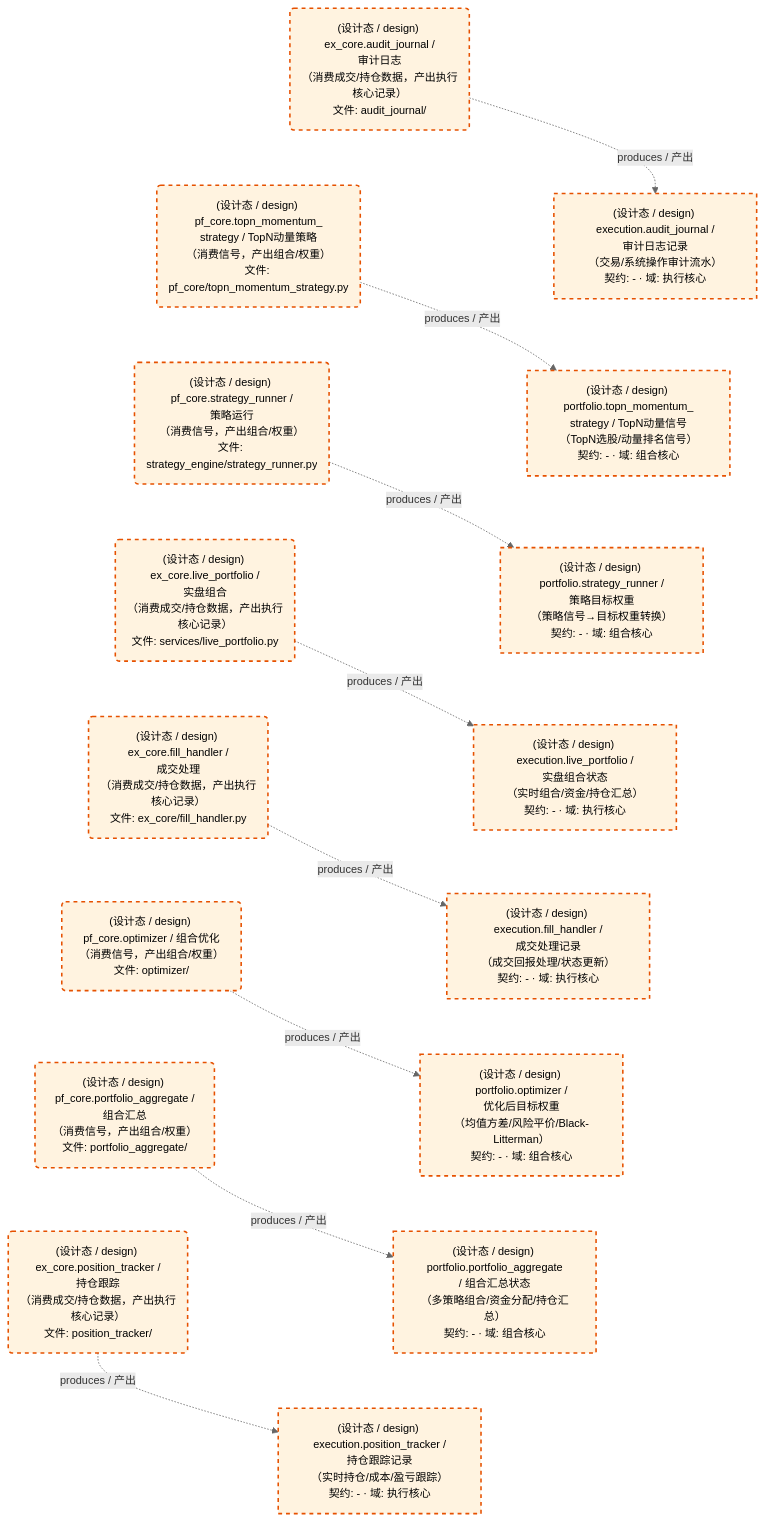
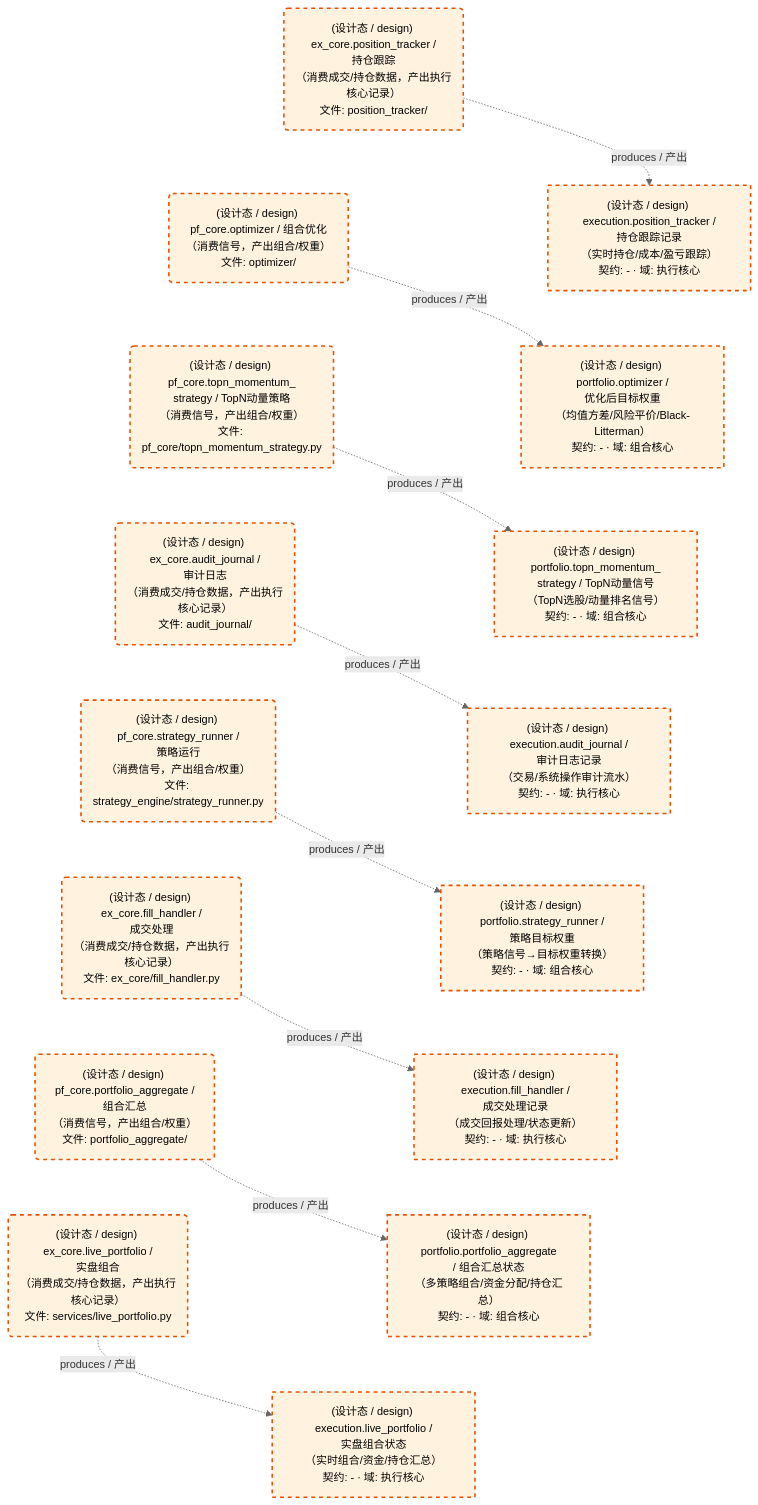
One commit to xuanFelixVan/ZephyrAlpha changed the third of 3 diagrams in docs/02_enterprise_architecture/05_dataflow_architecture/d_ex_pf_core.md. Above: the diagram before and after it, drawn with Mermaid. The commit also changed other lines of this file and 42 other files, not shown here.

````diff
--- a/docs/02_enterprise_architecture/05_dataflow_architecture/d_ex_pf_core.md
+++ b/docs/02_enterprise_architecture/05_dataflow_architecture/d_ex_pf_core.md
@@ -144,47 +144,47 @@
 ```mermaid
 %%{init: {'theme': 'base', 'themeVariables': {'primaryColor': '#eaeaea', 'primaryTextColor': '#333333', 'primaryBorderColor': '#666666', 'lineColor': '#666666', 'secondaryColor': '#eaeaea', 'tertiaryColor': '#eaeaea', 'clusterBkg': 'transparent', 'clusterBorder': 'transparent', 'fontSize': '14px'}}}%%
 flowchart TD
     DS11263["(设计态 / design) execution.audit_journal /<br/>审计日志记录<br/>（交易/系统操作审计流水）<br/>契约: - · 域: 执行核心"]
     DS11264["(设计态 / design) execution.fill_handler /<br/>成交处理记录<br/>（成交回报处理/状态更新）<br/>契约: - · 域: 执行核心"]
     DS11266["(设计态 / design) execution.live_portfolio /<br/>实盘组合状态<br/>（实时组合/资金/持仓汇总）<br/>契约: - · 域: 执行核心"]
     DS11265["(设计态 / design) execution.position_tracker /<br/>持仓跟踪记录<br/>（实时持仓/成本/盈亏跟踪）<br/>契约: - · 域: 执行核心"]
     DS11267["(设计态 / design) portfolio.optimizer /<br/>优化后目标权重<br/>（均值方差/风险平价/Black-Litterman）<br/>契约: - · 域: 组合核心"]
     DS11268["(设计态 / design) portfolio.portfolio_aggregate<br/>/ 组合汇总状态<br/>（多策略组合/资金分配/持仓汇总）<br/>契约: - · 域: 组合核心"]
     DS11269["(设计态 / design) portfolio.strategy_runner /<br/>策略目标权重<br/>（策略信号→目标权重转换）<br/>契约: - · 域: 组合核心"]
     DS11270["(设计态 / design) portfolio.topn_momentum_<br/>strategy / TopN动量信号<br/>（TopN选股/动量排名信号）<br/>契约: - · 域: 组合核心"]
     JOB757627("(设计态 / design) ex_core.audit_journal /<br/>审计日志<br/>（消费成交/持仓数据，产出执行核心记录）<br/>文件: audit_journal/")
     JOB757628("(设计态 / design) ex_core.fill_handler /<br/>成交处理<br/>（消费成交/持仓数据，产出执行核心记录）<br/>文件: ex_core/fill_handler.py")
     JOB757630("(设计态 / design) ex_core.live_portfolio /<br/>实盘组合<br/>（消费成交/持仓数据，产出执行核心记录）<br/>文件: services/live_portfolio.py")
     JOB757629("(设计态 / design) ex_core.position_tracker /<br/>持仓跟踪<br/>（消费成交/持仓数据，产出执行核心记录）<br/>文件: position_tracker/")
     JOB757631("(设计态 / design) pf_core.optimizer / 组合优化<br/>（消费信号，产出组合/权重）<br/>文件: optimizer/")
     JOB757632("(设计态 / design) pf_core.portfolio_aggregate /<br/>组合汇总<br/>（消费信号，产出组合/权重）<br/>文件: portfolio_aggregate/")
     JOB757633("(设计态 / design) pf_core.strategy_runner /<br/>策略运行<br/>（消费信号，产出组合/权重）<br/>文件: strategy_engine/strategy_runner.py")
     JOB757634("(设计态 / design) pf_core.topn_momentum_<br/>strategy / TopN动量策略<br/>（消费信号，产出组合/权重）<br/>文件: pf_core/topn_momentum_strategy.py")
     JOB757627 -.->|produces / 产出| DS11263
     JOB757628 -.->|produces / 产出| DS11264
     JOB757629 -.->|produces / 产出| DS11265
     JOB757630 -.->|produces / 产出| DS11266
     JOB757631 -.->|produces / 产出| DS11267
     JOB757632 -.->|produces / 产出| DS11268
     JOB757633 -.->|produces / 产出| DS11269
     JOB757634 -.->|produces / 产出| DS11270
-    JOB757627 ~~~ JOB757634
-    JOB757634 ~~~ JOB757633
-    JOB757633 ~~~ JOB757630
-    JOB757630 ~~~ JOB757628
-    JOB757628 ~~~ JOB757631
-    JOB757631 ~~~ JOB757632
-    JOB757632 ~~~ JOB757629
-    DS11263 ~~~ DS11270
-    DS11270 ~~~ DS11269
-    DS11269 ~~~ DS11266
-    DS11266 ~~~ DS11264
-    DS11264 ~~~ DS11267
-    DS11267 ~~~ DS11268
-    DS11268 ~~~ DS11265
+    JOB757629 ~~~ JOB757631
+    JOB757631 ~~~ JOB757634
+    JOB757634 ~~~ JOB757627
+    JOB757627 ~~~ JOB757633
+    JOB757633 ~~~ JOB757628
+    JOB757628 ~~~ JOB757632
+    JOB757632 ~~~ JOB757630
+    DS11265 ~~~ DS11267
+    DS11267 ~~~ DS11270
+    DS11270 ~~~ DS11263
+    DS11263 ~~~ DS11269
+    DS11269 ~~~ DS11264
+    DS11264 ~~~ DS11268
+    DS11268 ~~~ DS11266
     classDef production fill:#e1f5fe,stroke:#01579b,stroke-width:2px,color:#000
     classDef design fill:#fff3e0,stroke:#e65100,stroke-width:2px,color:#000,stroke-dasharray: 5 5
     classDef external_prod fill:#e8f4fd,stroke:#0277bd,stroke-width:1px,color:#000
     classDef external_design fill:#fff8e7,stroke:#ef6c00,stroke-width:1px,color:#000,stroke-dasharray: 5 5
     class DS11263,DS11264,DS11266,DS11265,DS11267,DS11268,DS11269,DS11270,JOB757627,JOB757628,JOB757630,JOB757629,JOB757631,JOB757632,JOB757633,JOB757634 design
 ```
````
